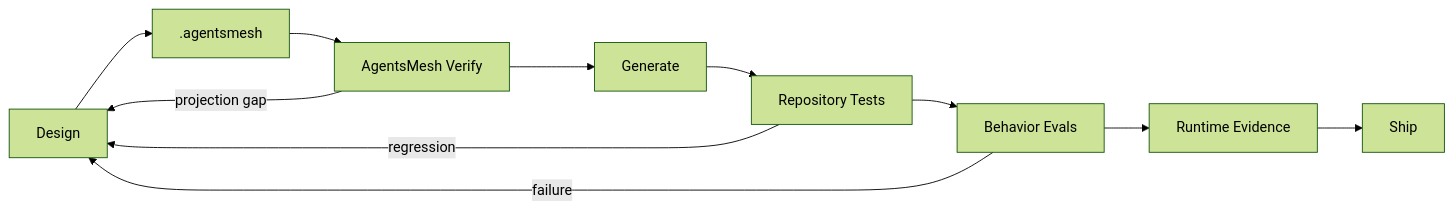
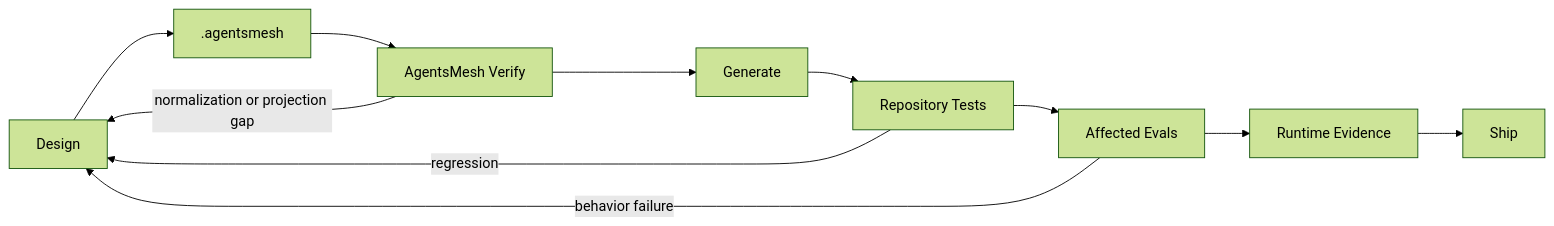
Before and after one commit to mols3131d/mols-agent-assets: the second of 2 diagrams in docs/agentsmesh-migration-plan.md, drawn with Mermaid (forest theme). The commit also changed other lines of this file, not shown here.

````diff
--- a/docs/agentsmesh-migration-plan.md
+++ b/docs/agentsmesh-migration-plan.md
@@ -572,14 +926,14 @@
 ```mermaid
 flowchart LR
     A["Design"] --> B[".agentsmesh"]
     B --> C["AgentsMesh Verify"]
     C --> D["Generate"]
     D --> E["Repository Tests"]
-    E --> F["Behavior Evals"]
+    E --> F["Affected Evals"]
     F --> G["Runtime Evidence"]
     G --> H["Ship"]
 
-    F -->|failure| A
-    C -->|projection gap| A
+    C -->|normalization or projection gap| A
     E -->|regression| A
+    F -->|behavior failure| A
 ```
````
